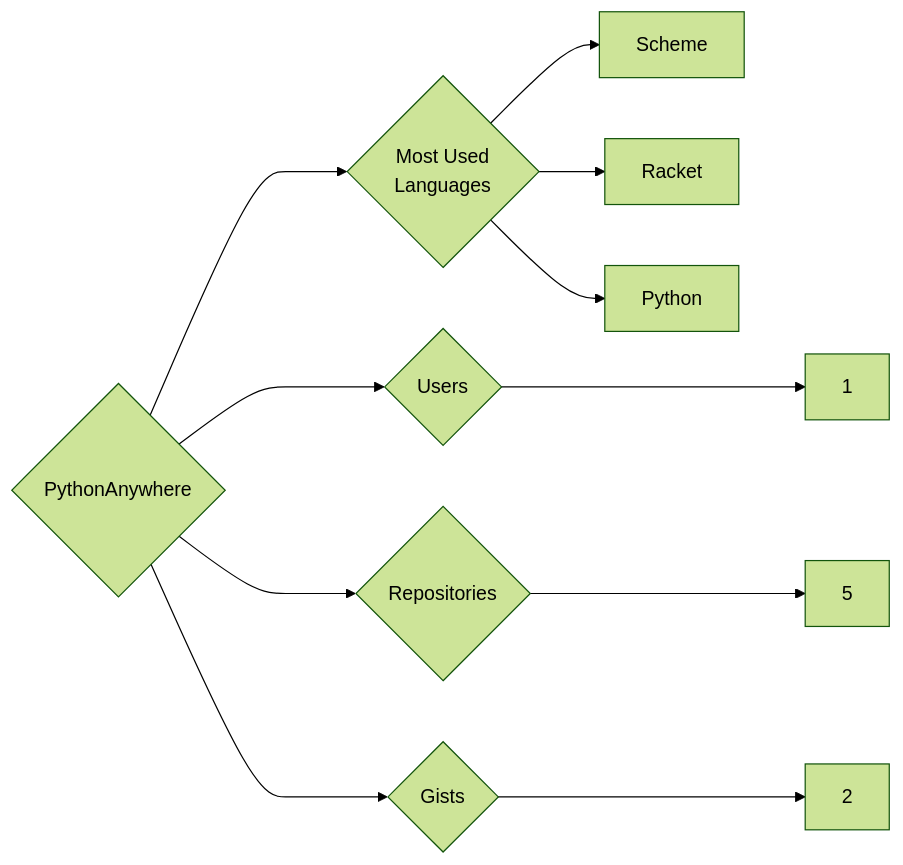
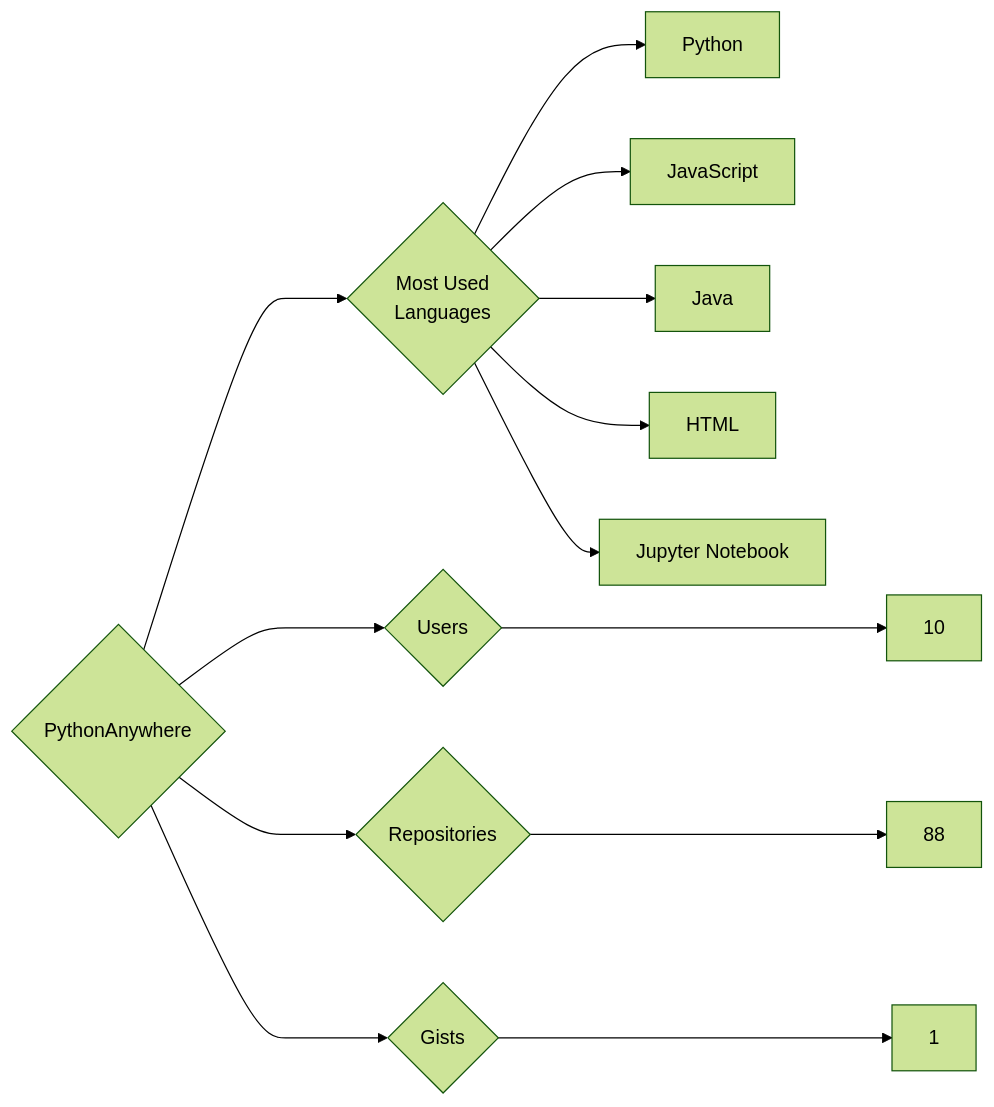
Before and after one commit to trickest/insiders: the diagram in targets/PythonAnywhere/README.md, drawn with Mermaid (forest theme). The commit also changed 1696 other files, not shown here.

````diff
--- a/targets/PythonAnywhere/README.md
+++ b/targets/PythonAnywhere/README.md
@@ -3,11 +3,13 @@
 ```mermaid
 graph LR
 COMPANY_NAME{PythonAnywhere}
-COMPANY_NAME ---> U{Users} ---> UN[1]
-COMPANY_NAME ---> R{Repositories} ---> RN[5]
-COMPANY_NAME ---> G{Gists} ---> GN[2]
+COMPANY_NAME ---> U{Users} ---> UN[10]
+COMPANY_NAME ---> R{Repositories} ---> RN[88]
+COMPANY_NAME ---> G{Gists} ---> GN[1]
 COMPANY_NAME ---> ML{Most Used<br>Languages}
-ML --> Scheme[Scheme]
-ML --> Racket[Racket]
 ML --> Python[Python]
+ML --> JavaScript[JavaScript]
+ML --> Java[Java]
+ML --> HTML[HTML]
+ML --> Jupyter_Notebook[Jupyter Notebook]
 ```
````
